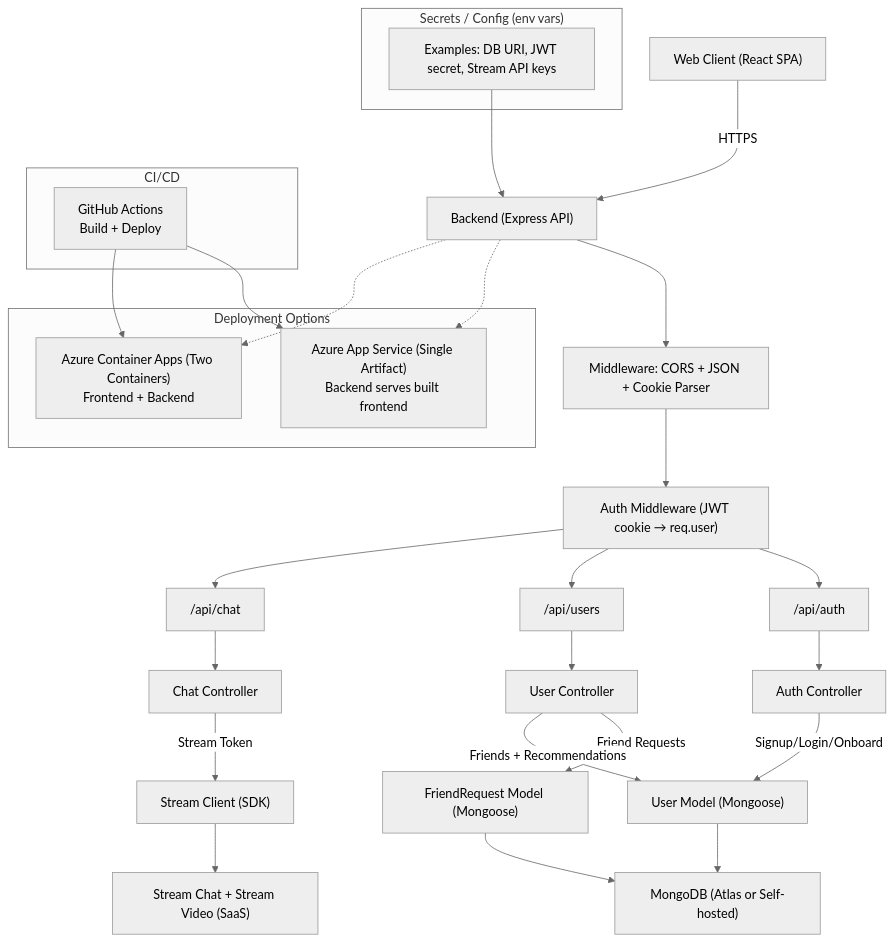
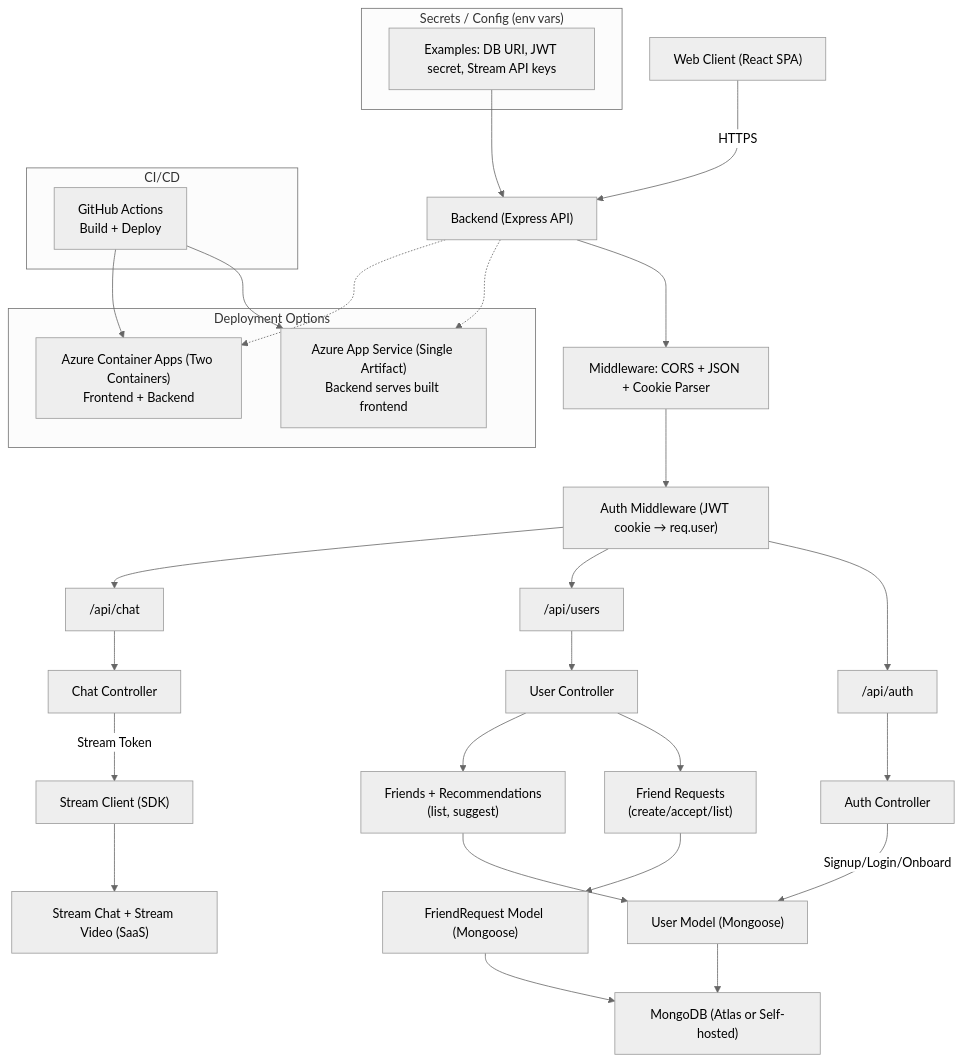
Before and after one commit to Abhilashh01/marmalade: the diagram in README.md, drawn with Mermaid (neutral theme).

Commit message:
refine README architecuture diagram layout

````diff
--- a/README.md
+++ b/README.md
@@ -63,45 +63,47 @@
 ```mermaid
 flowchart TB
   A["Web Client (React SPA)"] -->|HTTPS| B["Backend (Express API)"]
 
   B --> C["Middleware: CORS + JSON + Cookie Parser"]
   C --> D["Auth Middleware (JWT cookie → req.user)"]
 
   D --> R1["/api/auth"]
   D --> R2["/api/users"]
   D --> R3["/api/chat"]
 
   R1 --> AC["Auth Controller"]
   R2 --> UC["User Controller"]
   R3 --> CC["Chat Controller"]
 
   AC -->|Signup/Login/Onboard| UDB["User Model (Mongoose)"]
-  UC -->|Friend Requests| FRDB["FriendRequest Model (Mongoose)"]
-  UC -->|Friends + Recommendations| UDB
+  UC --> FRQ["Friend Requests\n(create/accept/list)"]
+  UC --> FRI["Friends + Recommendations\n(list, suggest)"]
+  FRQ --> FRDB["FriendRequest Model (Mongoose)"]
+  FRI --> UDB
   CC -->|Stream Token| ST["Stream Client (SDK)"]
 
   UDB --> MONGO["MongoDB (Atlas or Self-hosted)"]
   FRDB --> MONGO
   ST --> STREAM["Stream Chat + Stream Video (SaaS)"]
 
   subgraph DEPLOY["Deployment Options"]
     S1["Azure App Service (Single Artifact)\nBackend serves built frontend"]
     S2["Azure Container Apps (Two Containers)\nFrontend + Backend"]
   end
 
   B -.-> S1
   B -.-> S2
 
   subgraph CICD["CI/CD"]
     G["GitHub Actions\nBuild + Deploy"]
   end
 
   G --> S1
   G --> S2
 
   subgraph SECRETS["Secrets / Config (env vars)"]
     K["Examples: DB URI, JWT secret, Stream API keys"]
   end
 
   K --> B
 ```
````
